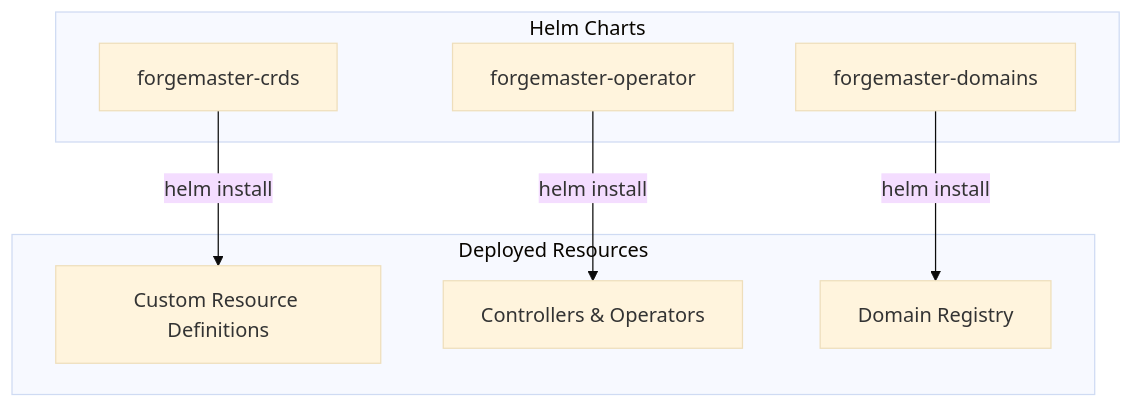
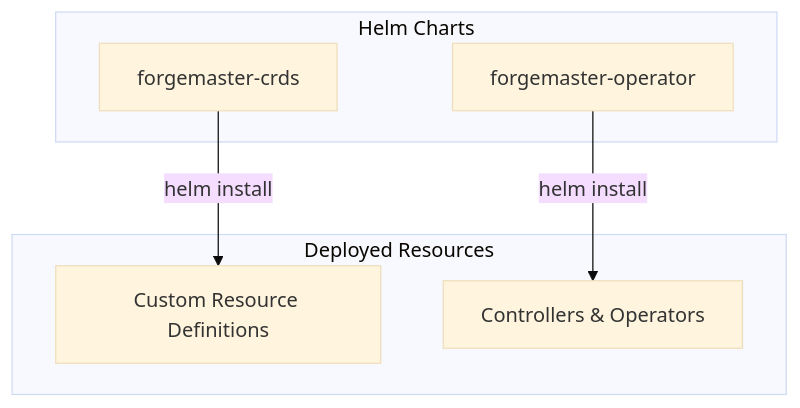
Before and after one commit to dshcherbatiuk/forgemaster: the fourth of 4 diagrams in docs/arch/05-k8s-deployment.md, drawn with Mermaid (base theme). The commit also changed other lines of this file and 8 other files, not shown here.

First line of the commit message:
docs: Remove Domain CRD from architecture (YAGNI)

````diff
--- a/docs/arch/05-k8s-deployment.md
+++ b/docs/arch/05-k8s-deployment.md
@@ -606,18 +479,15 @@
 ```mermaid
 flowchart TB
     subgraph HelmCharts["Helm Charts"]
         MC[forgemaster-crds]
         MO[forgemaster-operator]
-        MD[forgemaster-domains]
     end
 
     subgraph Deployed["Deployed Resources"]
         CRDs[Custom Resource Definitions]
         Controllers[Controllers & Operators]
-        Domains[Domain Registry]
     end
 
     MC -->|"helm install"| CRDs
     MO -->|"helm install"| Controllers
-    MD -->|"helm install"| Domains
 ```
````
